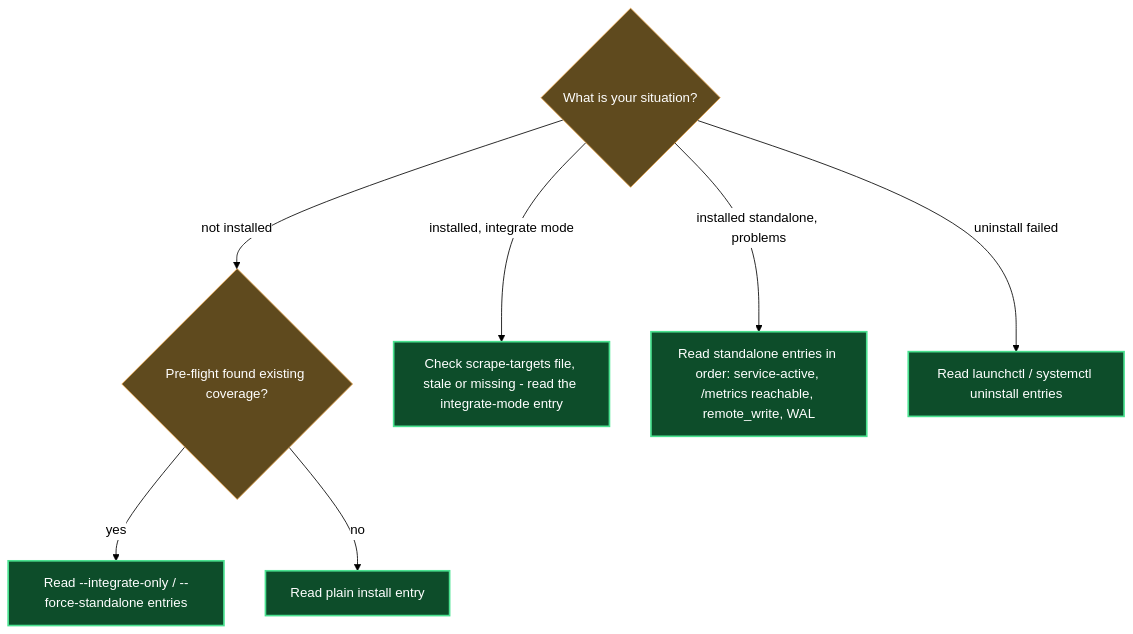
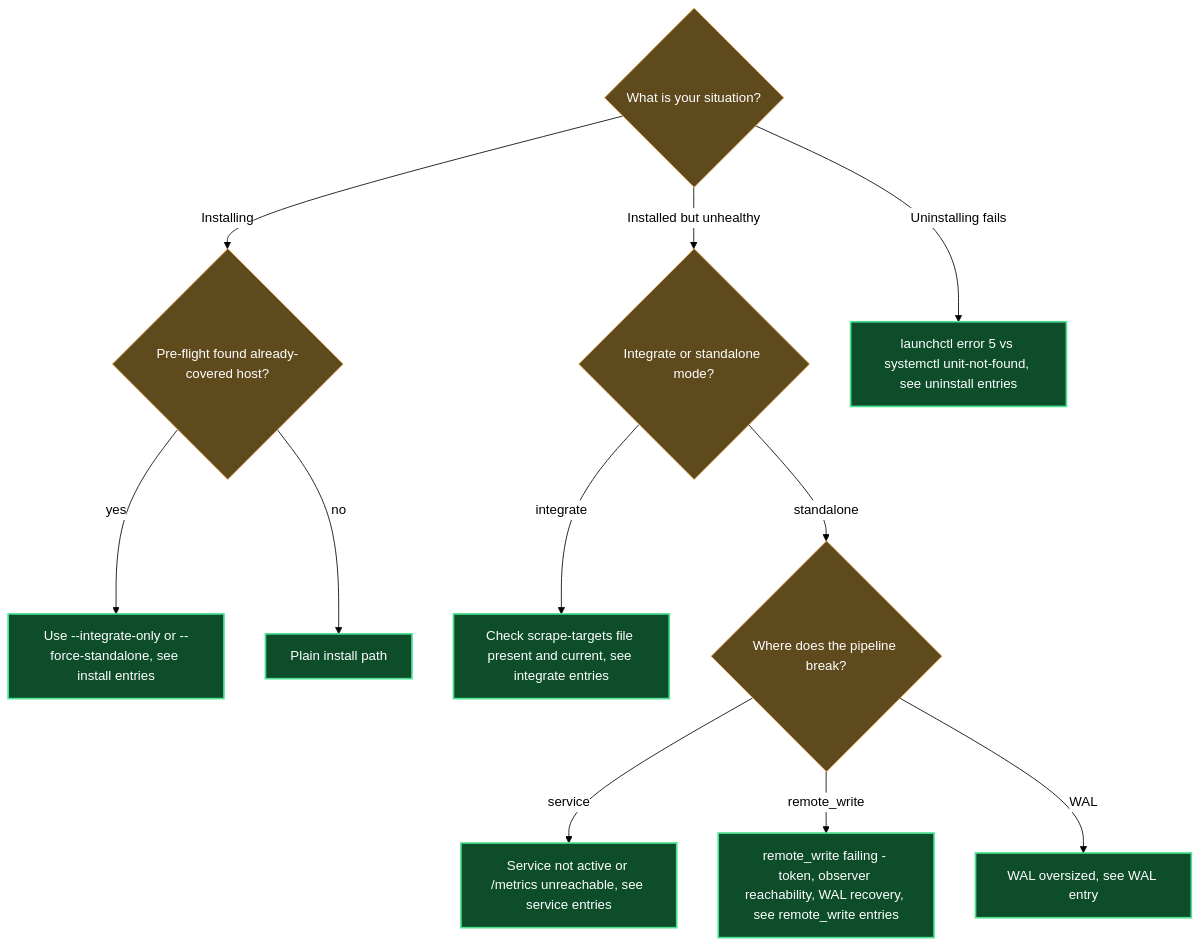
Before and after one commit to mebius-san/lazy-cortex: the diagram in claude/lazycortex-observe/help/troubleshooting.md, drawn with Mermaid. The commit also changed other lines of this file and 40 other files, not shown here.

````diff
--- a/claude/lazycortex-observe/help/troubleshooting.md
+++ b/claude/lazycortex-observe/help/troubleshooting.md
@@ -178,30 +179,42 @@
 ```mermaid
 %%{init: {'themeVariables':{'lineColor':'#000','textColor':'#000','edgeLabelBackground':'#fff'},'themeCSS':'.edgeLabel{background-color:transparent!important}.edgeLabel p{background-color:transparent!important}','flowchart':{'diagramPadding':5,'useMaxWidth':true}}}%%
 flowchart TD
-  whatIsYourSituation{What is your situation?}
-  preFlightCoverage{Pre-flight found existing coverage?}
+  whatIsSituation{What is your situation?}
+  preflightCovered{Pre-flight found already-covered host?}
+  integrateOrStandalone{Integrate or standalone mode?}
+  wherePipelineBreak{Where does the pipeline break?}
 
-  integrateOrForceEntries[Read --integrate-only / --force-standalone entries]
-  plainInstallEntry[Read plain install entry]
-  integrateModeEntry[Check scrape-targets file, stale or missing - read the integrate-mode entry]
-  standaloneEntries[Read standalone entries in order: service-active, /metrics reachable, remote_write, WAL]
-  uninstallEntries[Read launchctl / systemctl uninstall entries]
+  useIntegrateOrForce[Use --integrate-only or --force-standalone, see install entries]
+  plainInstallPath[Plain install path]
+  checkScrapeTargets[Check scrape-targets file present and current, see integrate entries]
+  serviceNotActive[Service not active or /metrics unreachable, see service entries]
+  remoteWriteFailing[remote_write failing - token, observer reachability, WAL recovery, see remote_write entries]
+  walOversized[WAL oversized, see WAL entry]
+  uninstallError[launchctl error 5 vs systemctl unit-not-found, see uninstall entries]
 
-  whatIsYourSituation -->|not installed| preFlightCoverage
-  whatIsYourSituation -->|installed, integrate mode| integrateModeEntry
-  whatIsYourSituation -->|installed standalone, problems| standaloneEntries
-  whatIsYourSituation -->|uninstall failed| uninstallEntries
-  preFlightCoverage -->|yes| integrateOrForceEntries
-  preFlightCoverage -->|no| plainInstallEntry
+  whatIsSituation -->|Installing| preflightCovered
+  whatIsSituation -->|Installed but unhealthy| integrateOrStandalone
+  whatIsSituation -->|Uninstalling fails| uninstallError
+  preflightCovered -->|yes| useIntegrateOrForce
+  preflightCovered -->|no| plainInstallPath
+  integrateOrStandalone -->|integrate| checkScrapeTargets
+  integrateOrStandalone -->|standalone| wherePipelineBreak
+  wherePipelineBreak -->|service| serviceNotActive
+  wherePipelineBreak -->|remote_write| remoteWriteFailing
+  wherePipelineBreak -->|WAL| walOversized
 
   classDef guard fill:#5f4a1e,stroke:#e2a14a,color:#fff
   classDef success fill:#0d4d2a,stroke:#4ae290,color:#fff,stroke-width:2px
 
-  class whatIsYourSituation guard
-  class preFlightCoverage guard
-  class integrateOrForceEntries success
-  class plainInstallEntry success
-  class integrateModeEntry success
-  class standaloneEntries success
-  class uninstallEntries success
+  class whatIsSituation guard
+  class preflightCovered guard
+  class integrateOrStandalone guard
+  class wherePipelineBreak guard
+  class useIntegrateOrForce success
+  class plainInstallPath success
+  class checkScrapeTargets success
+  class serviceNotActive success
+  class remoteWriteFailing success
+  class walOversized success
+  class uninstallError success
 ```
````
